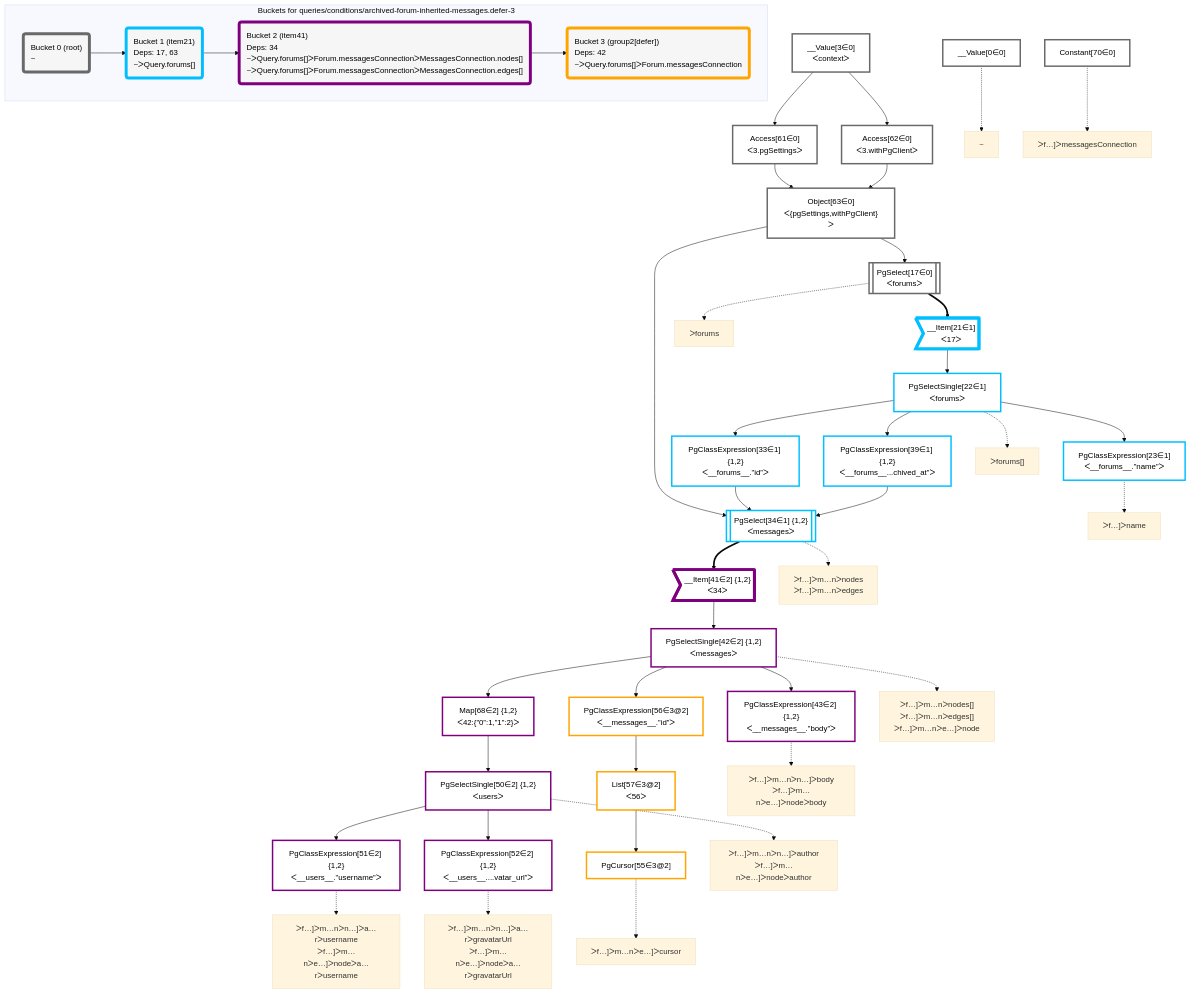
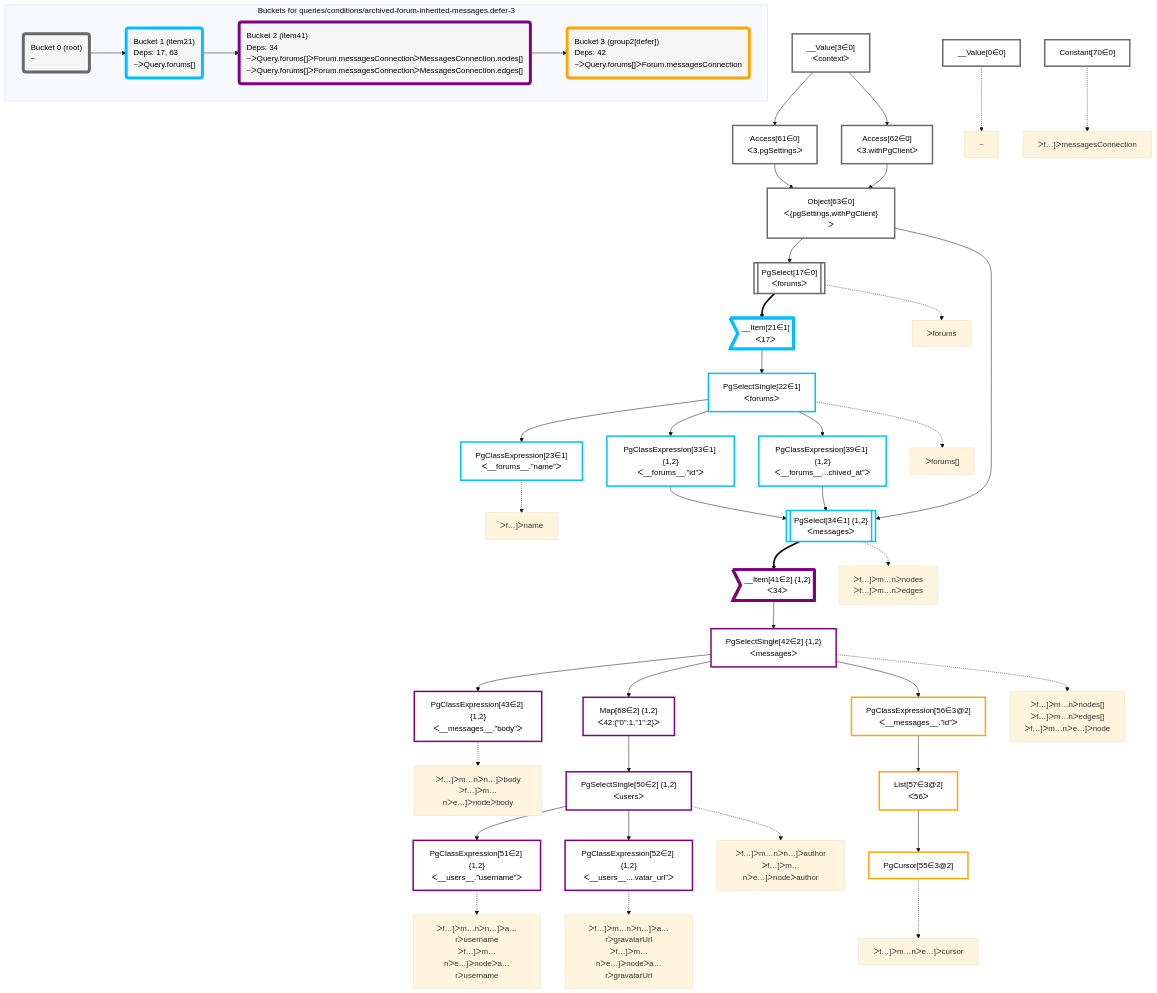
Before and after one commit to graphile/crystal: the diagram in packages/dataplan-pg/__tests__/queries/conditions/archived-forum-inherited-messages.defer-3.mermaid.md, drawn with Mermaid (base theme). The commit also changed other lines of this file and 195 other files, not shown here.

Commit message:
Reorder graphs

```diff
--- a/packages/dataplan-pg/__tests__/queries/conditions/archived-forum-inherited-messages.defer-3.mermaid.md
+++ b/packages/dataplan-pg/__tests__/queries/conditions/archived-forum-inherited-messages.defer-3.mermaid.md
@@ -9,50 +9,50 @@
 
     %% define plans
     __Value0["__Value[0∈0]"]:::plan
+    __Value3["__Value[3∈0]<br />ᐸcontextᐳ"]:::plan
+    Access61["Access[61∈0]<br />ᐸ3.pgSettingsᐳ"]:::plan
+    Access62["Access[62∈0]<br />ᐸ3.withPgClientᐳ"]:::plan
+    Object63["Object[63∈0]<br />ᐸ{pgSettings,withPgClient}ᐳ"]:::plan
+    PgSelect17[["PgSelect[17∈0]<br />ᐸforumsᐳ"]]:::plan
+    __Item21>"__Item[21∈1]<br />ᐸ17ᐳ"]:::itemplan
+    PgSelectSingle22["PgSelectSingle[22∈1]<br />ᐸforumsᐳ"]:::plan
     PgClassExpression23["PgClassExpression[23∈1]<br />ᐸ__forums__.”name”ᐳ"]:::plan
+    PgClassExpression33["PgClassExpression[33∈1] {1,2}<br />ᐸ__forums__.”id”ᐳ"]:::plan
+    PgClassExpression39["PgClassExpression[39∈1] {1,2}<br />ᐸ__forums__...chived_at”ᐳ"]:::plan
+    PgSelect34[["PgSelect[34∈1] {1,2}<br />ᐸmessagesᐳ"]]:::plan
+    Constant70["Constant[70∈0]"]:::plan
+    __Item41>"__Item[41∈2] {1,2}<br />ᐸ34ᐳ"]:::itemplan
+    PgSelectSingle42["PgSelectSingle[42∈2] {1,2}<br />ᐸmessagesᐳ"]:::plan
     PgClassExpression43["PgClassExpression[43∈2] {1,2}<br />ᐸ__messages__.”body”ᐳ"]:::plan
+    Map68["Map[68∈2] {1,2}<br />ᐸ42:{”0”:1,”1”:2}ᐳ"]:::plan
+    PgSelectSingle50["PgSelectSingle[50∈2] {1,2}<br />ᐸusersᐳ"]:::plan
     PgClassExpression51["PgClassExpression[51∈2] {1,2}<br />ᐸ__users__.”username”ᐳ"]:::plan
     PgClassExpression52["PgClassExpression[52∈2] {1,2}<br />ᐸ__users__....vatar_url”ᐳ"]:::plan
-    PgSelectSingle50["PgSelectSingle[50∈2] {1,2}<br />ᐸusersᐳ"]:::plan
-    Map68["Map[68∈2] {1,2}<br />ᐸ42:{”0”:1,”1”:2}ᐳ"]:::plan
+    PgClassExpression56["PgClassExpression[56∈3@2]<br />ᐸ__messages__.”id”ᐳ"]:::plan
+    List57["List[57∈3@2]<br />ᐸ56ᐳ"]:::plan
     PgCursor55["PgCursor[55∈3@2]"]:::plan
-    List57["List[57∈3@2]<br />ᐸ56ᐳ"]:::plan
-    PgClassExpression56["PgClassExpression[56∈3@2]<br />ᐸ__messages__.”id”ᐳ"]:::plan
-    PgSelectSingle42["PgSelectSingle[42∈2] {1,2}<br />ᐸmessagesᐳ"]:::plan
-    __Item41>"__Item[41∈2] {1,2}<br />ᐸ34ᐳ"]:::itemplan
-    PgSelect34[["PgSelect[34∈1] {1,2}<br />ᐸmessagesᐳ"]]:::plan
-    PgClassExpression33["PgClassExpression[33∈1] {1,2}<br />ᐸ__forums__.”id”ᐳ"]:::plan
-    PgClassExpression39["PgClassExpression[39∈1] {1,2}<br />ᐸ__forums__...chived_at”ᐳ"]:::plan
-    PgSelectSingle22["PgSelectSingle[22∈1]<br />ᐸforumsᐳ"]:::plan
-    __Item21>"__Item[21∈1]<br />ᐸ17ᐳ"]:::itemplan
-    PgSelect17[["PgSelect[17∈0]<br />ᐸforumsᐳ"]]:::plan
-    Object63["Object[63∈0]<br />ᐸ{pgSettings,withPgClient}ᐳ"]:::plan
-    Access61["Access[61∈0]<br />ᐸ3.pgSettingsᐳ"]:::plan
-    Access62["Access[62∈0]<br />ᐸ3.withPgClientᐳ"]:::plan
-    __Value3["__Value[3∈0]<br />ᐸcontextᐳ"]:::plan
-    Constant70["Constant[70∈0]"]:::plan
 
     %% plan dependencies
+    __Value3 --> Access61
+    __Value3 --> Access62
+    Access61 & Access62 --> Object63
+    Object63 --> PgSelect17
+    PgSelect17 ==> __Item21
+    __Item21 --> PgSelectSingle22
     PgSelectSingle22 --> PgClassExpression23
+    PgSelectSingle22 --> PgClassExpression33
+    PgSelectSingle22 --> PgClassExpression39
+    Object63 & PgClassExpression33 & PgClassExpression39 --> PgSelect34
+    PgSelect34 ==> __Item41
+    __Item41 --> PgSelectSingle42
     PgSelectSingle42 --> PgClassExpression43
+    PgSelectSingle42 --> Map68
+    Map68 --> PgSelectSingle50
     PgSelectSingle50 --> PgClassExpression51
     PgSelectSingle50 --> PgClassExpression52
-    Map68 --> PgSelectSingle50
-    PgSelectSingle42 --> Map68
+    PgSelectSingle42 --> PgClassExpression56
+    PgClassExpression56 --> List57
     List57 --> PgCursor55
-    PgClassExpression56 --> List57
-    PgSelectSingle42 --> PgClassExpression56
-    __Item41 --> PgSelectSingle42
-    PgSelect34 ==> __Item41
-    Object63 & PgClassExpression33 & PgClassExpression39 --> PgSelect34
-    PgSelectSingle22 --> PgClassExpression33
-    PgSelectSingle22 --> PgClassExpression39
-    __Item21 --> PgSelectSingle22
-    PgSelect17 ==> __Item21
-    Object63 --> PgSelect17
-    Access61 & Access62 --> Object63
-    __Value3 --> Access61
-    __Value3 --> Access62
 
     %% plan-to-path relationships
     P0["~"]
```
